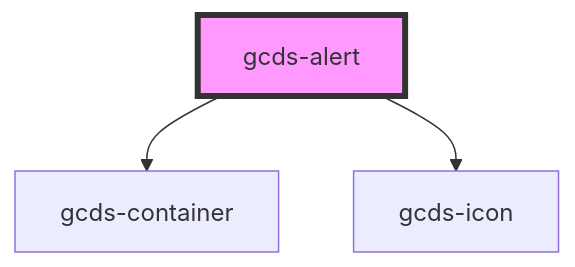
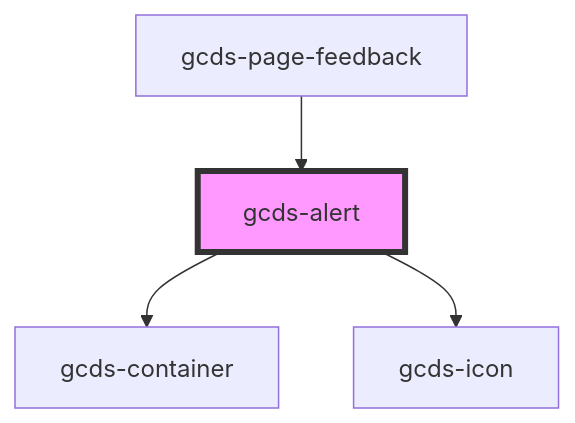
Before and after one commit to cds-snc/gcds-components: the diagram in packages/web/src/components/gcds-alert/readme.md, drawn with Mermaid. The commit also changed other lines of this file and 23 other files, not shown here.

Commit message:
feat: gcds-page-feedback - Initial commit

````diff
--- a/packages/web/src/components/gcds-alert/readme.md
+++ b/packages/web/src/components/gcds-alert/readme.md
@@ -35,6 +39,7 @@
 ```mermaid
 graph TD;
   gcds-alert --> gcds-container
   gcds-alert --> gcds-icon
+  gcds-page-feedback --> gcds-alert
   style gcds-alert fill:#f9f,stroke:#333,stroke-width:4px
 ```
````
